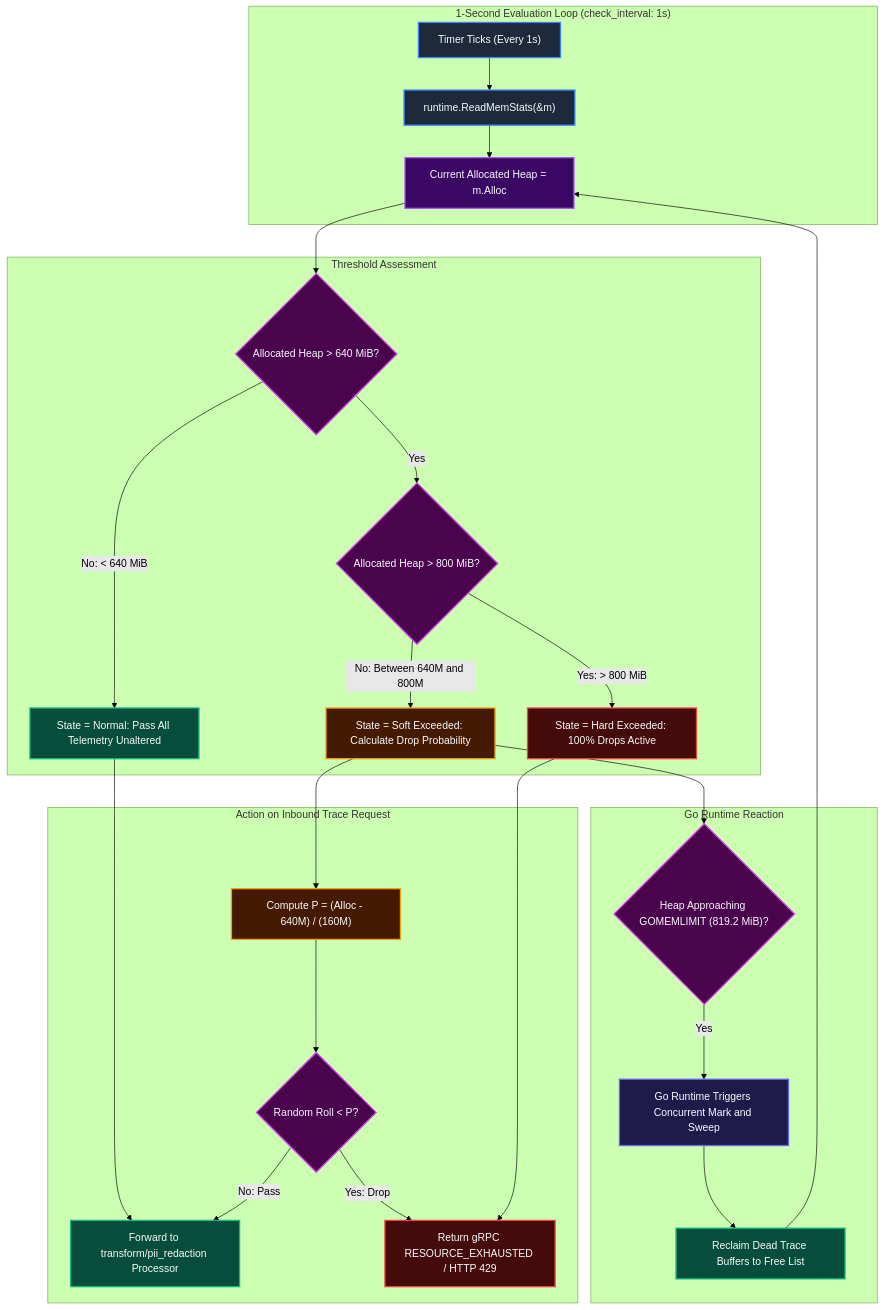
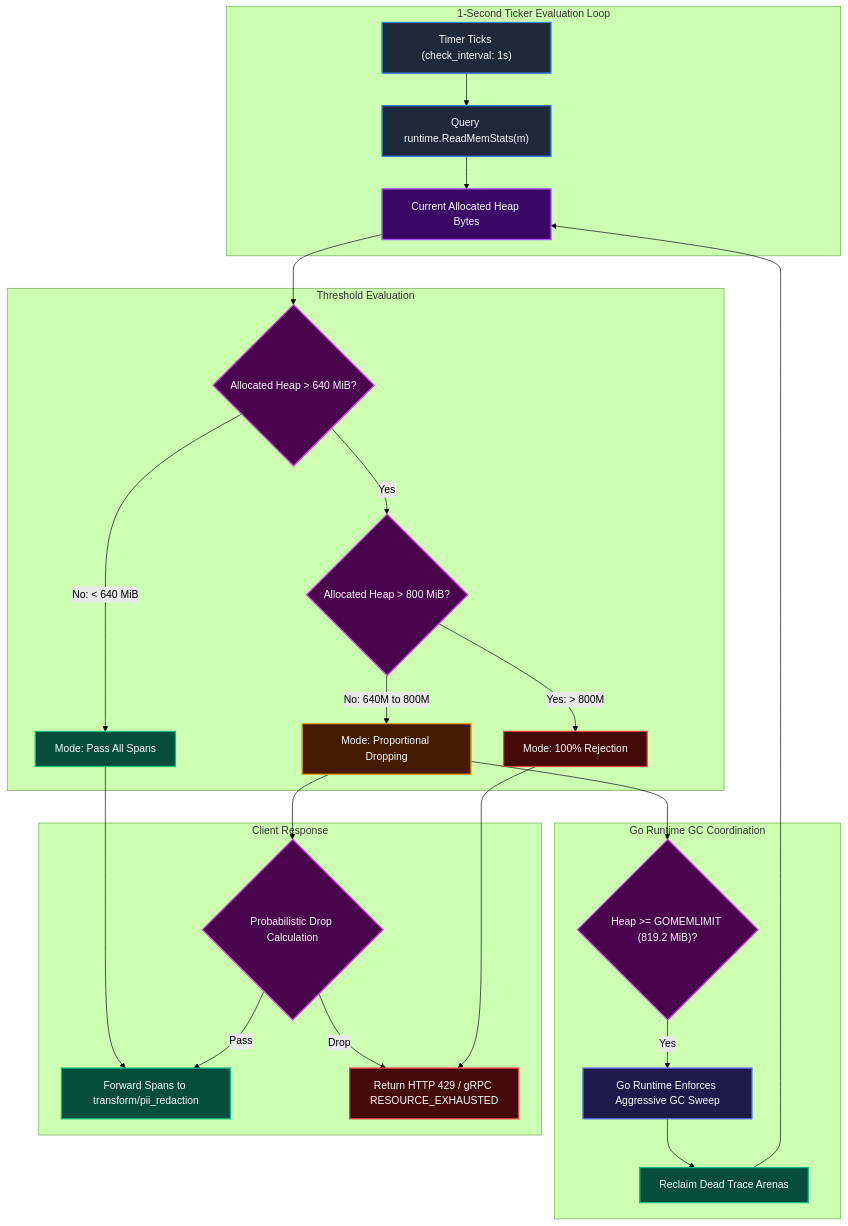
Before and after one commit to Chief-Strategist-J/llm-obs-infra: the sixth of 22 diagrams in docs/configDoc/otel-collector-configuration-guide.md, drawn with Mermaid (forest theme). The commit also changed other lines of this file, not shown here.

First line of the commit message:
docs(otel-collector): complete all 40 parameters and add HLD/LLD designs across every section

````diff
--- a/docs/configDoc/otel-collector-configuration-guide.md
+++ b/docs/configDoc/otel-collector-configuration-guide.md
@@ -621,48 +824,45 @@
 ```mermaid
 graph TD
-    subgraph TickerLoop ["1-Second Evaluation Loop (check_interval: 1s)"]
-        Tick["Timer Ticks (Every 1s)"] --> ReadStats["runtime.ReadMemStats(&m)"]
-        ReadStats --> CurrentAlloc["Current Allocated Heap = m.Alloc"]
+    subgraph MonitorLoop ["1-Second Ticker Evaluation Loop"]
+        Tick["Timer Ticks (check_interval: 1s)"] --> InspectHeap["Query runtime.ReadMemStats(m)"]
+        InspectHeap --> AllocHeap["Current Allocated Heap Bytes"]
     end
 
-    subgraph StateEvaluation ["Threshold Assessment"]
-        CurrentAlloc --> CmpSoft{"Allocated Heap > 640 MiB?"}
-        CmpSoft -->|No: < 640 MiB| NormalOp["State = Normal: Pass All Telemetry Unaltered"]
-        CmpSoft -->|Yes| CmpHard{"Allocated Heap > 800 MiB?"}
-
-        CmpHard -->|No: Between 640M and 800M| SoftState["State = Soft Exceeded: Calculate Drop Probability"]
-        CmpHard -->|Yes: > 800 MiB| HardState["State = Hard Exceeded: 100% Drops Active"]
+    subgraph StateLogic ["Threshold Evaluation"]
+        AllocHeap --> CheckSoft{"Allocated Heap > 640 MiB?"}
+        CheckSoft -->|No: < 640 MiB| NormalMode["Mode: Pass All Spans"]
+        CheckSoft -->|Yes| CheckHard{"Allocated Heap > 800 MiB?"}
+        CheckHard -->|No: 640M to 800M| SoftMode["Mode: Proportional Dropping"]
+        CheckHard -->|Yes: > 800M| HardMode["Mode: 100% Rejection"]
     end
 
-    subgraph RuntimeReclamation ["Go Runtime Reaction"]
-        SoftState --> GCLimitCheck{"Heap Approaching GOMEMLIMIT (819.2 MiB)?"}
-        GCLimitCheck -->|Yes| PacedGC["Go Runtime Triggers Concurrent Mark and Sweep"]
-        PacedGC --> HeapReclaimed["Reclaim Dead Trace Buffers to Free List"]
-        HeapReclaimed --> CurrentAlloc
+    subgraph GCPacing ["Go Runtime GC Coordination"]
+        SoftMode --> GCMarginCheck{"Heap >= GOMEMLIMIT (819.2 MiB)?"}
+        GCMarginCheck -->|Yes| ForcedGC["Go Runtime Enforces Aggressive GC Sweep"]
+        ForcedGC --> ReclaimBuffers["Reclaim Dead Trace Arenas"]
+        ReclaimBuffers --> AllocHeap
     end
 
-    subgraph ActionExecution ["Action on Inbound Trace Request"]
-        NormalOp --> ForwardBatch["Forward to transform/pii_redaction Processor"]
-        SoftState --> ProbabilisticCalc["Compute P = (Alloc - 640M) / (160M)"]
-        ProbabilisticCalc --> DropRoll{"Random Roll < P?"}
-        DropRoll -->|Yes: Drop| SendBackpressure["Return gRPC RESOURCE_EXHAUSTED / HTTP 429"]
-        DropRoll -->|No: Pass| ForwardBatch
-        HardState --> SendBackpressure
+    subgraph ClientEnforcement ["Client Response"]
+        NormalMode --> ForwardPipeline["Forward Spans to transform/pii_redaction"]
+        SoftMode --> ProbDrop{"Probabilistic Drop Calculation"}
+        ProbDrop -->|Pass| ForwardPipeline
+        ProbDrop -->|Drop| DropSignal["Return HTTP 429 / gRPC RESOURCE_EXHAUSTED"]
+        HardMode --> DropSignal
     end
 
     style Tick fill:#1e293b,stroke:#3b82f6,stroke-width:2px,color:#f8fafc
-    style ReadStats fill:#1e293b,stroke:#3b82f6,stroke-width:2px,color:#f8fafc
-    style CurrentAlloc fill:#3b0764,stroke:#a855f7,stroke-width:2px,color:#f8fafc
-    style CmpSoft fill:#4a044e,stroke:#d946ef,stroke-width:2px,color:#f8fafc
-    style CmpHard fill:#4a044e,stroke:#d946ef,stroke-width:2px,color:#f8fafc
-    style NormalOp fill:#064e3b,stroke:#10b981,stroke-width:2px,color:#f8fafc
-    style SoftState fill:#451a03,stroke:#f59e0b,stroke-width:2px,color:#f8fafc
-    style HardState fill:#450a0a,stroke:#ef4444,stroke-width:2px,color:#f8fafc
-    style GCLimitCheck fill:#4a044e,stroke:#d946ef,stroke-width:2px,color:#f8fafc
-    style PacedGC fill:#1e1b4b,stroke:#6366f1,stroke-width:2px,color:#f8fafc
-    style HeapReclaimed fill:#064e3b,stroke:#10b981,stroke-width:2px,color:#f8fafc
-    style ForwardBatch fill:#064e3b,stroke:#10b981,stroke-width:2px,color:#f8fafc
-    style ProbabilisticCalc fill:#451a03,stroke:#f59e0b,stroke-width:2px,color:#f8fafc
-    style DropRoll fill:#4a044e,stroke:#d946ef,stroke-width:2px,color:#f8fafc
-    style SendBackpressure fill:#450a0a,stroke:#ef4444,stroke-width:2px,color:#f8fafc
+    style InspectHeap fill:#1e293b,stroke:#3b82f6,stroke-width:2px,color:#f8fafc
+    style AllocHeap fill:#3b0764,stroke:#a855f7,stroke-width:2px,color:#f8fafc
+    style CheckSoft fill:#4a044e,stroke:#d946ef,stroke-width:2px,color:#f8fafc
+    style CheckHard fill:#4a044e,stroke:#d946ef,stroke-width:2px,color:#f8fafc
+    style NormalMode fill:#064e3b,stroke:#10b981,stroke-width:2px,color:#f8fafc
+    style SoftMode fill:#451a03,stroke:#f59e0b,stroke-width:2px,color:#f8fafc
+    style HardMode fill:#450a0a,stroke:#ef4444,stroke-width:2px,color:#f8fafc
+    style GCMarginCheck fill:#4a044e,stroke:#d946ef,stroke-width:2px,color:#f8fafc
+    style ForcedGC fill:#1e1b4b,stroke:#6366f1,stroke-width:2px,color:#f8fafc
+    style ReclaimBuffers fill:#064e3b,stroke:#10b981,stroke-width:2px,color:#f8fafc
+    style ForwardPipeline fill:#064e3b,stroke:#10b981,stroke-width:2px,color:#f8fafc
+    style ProbDrop fill:#4a044e,stroke:#d946ef,stroke-width:2px,color:#f8fafc
+    style DropSignal fill:#450a0a,stroke:#ef4444,stroke-width:2px,color:#f8fafc
 ```
````
